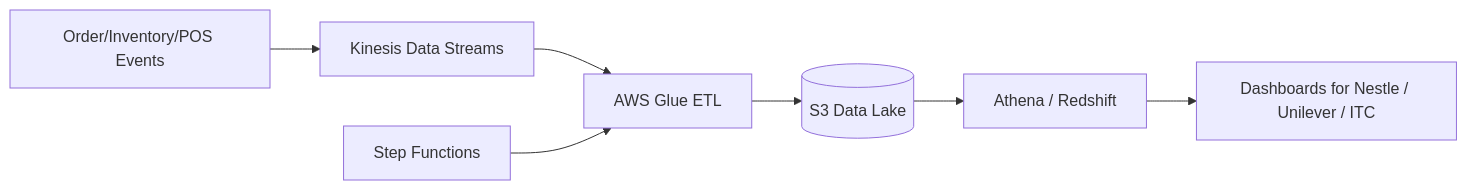
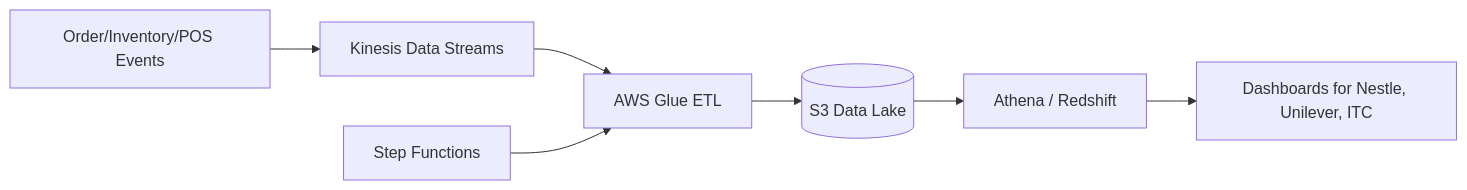
One commit to vilasvarghesescaler/CompanySpecific changed the sixth of 12 diagrams in IamDistributor.md. Above: the diagram before and after it, drawn with Mermaid. The commit also changed other lines of this file, not shown here.

````diff
--- a/IamDistributor.md
+++ b/IamDistributor.md
@@ -155,9 +136,9 @@
 ```mermaid
 flowchart LR
     Sources[Order/Inventory/POS Events] --> Kinesis[Kinesis Data Streams]
     Kinesis --> Glue[AWS Glue ETL]
     Glue --> S3[(S3 Data Lake)]
     S3 --> Athena[Athena / Redshift]
-    Athena --> Dashboards[Dashboards for Nestle / Unilever / ITC]
+    Athena --> Dashboards[Dashboards for Nestle, Unilever, ITC]
     StepFn[Step Functions] --> Glue
 ```
````
